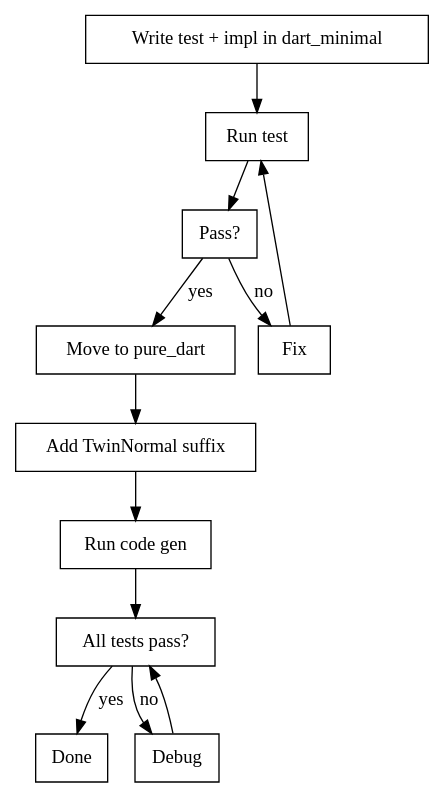
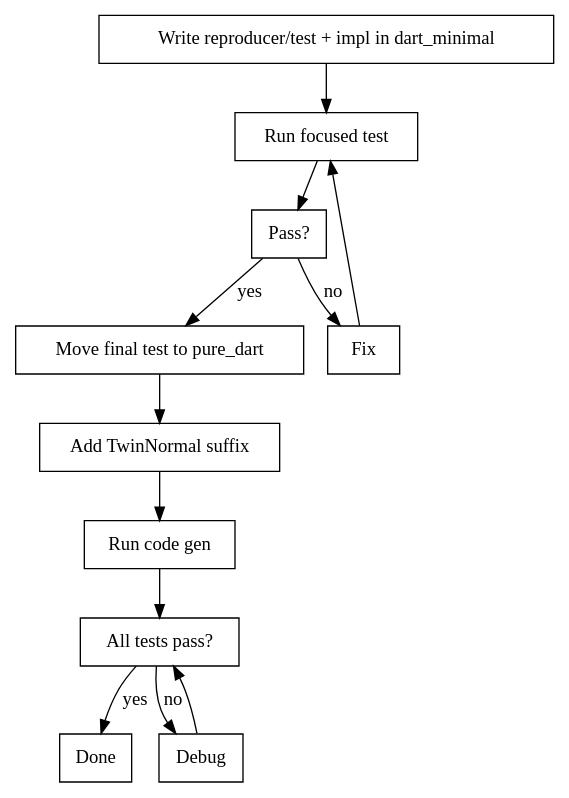
Before and after one commit to fzyzcjy/flutter_rust_bridge: the diagram in .claude/skills/frb-develop-feature/SKILL.md, drawn with Graphviz. The commit also changed other lines of this file, not shown here.

````diff
--- a/.claude/skills/frb-develop-feature/SKILL.md
+++ b/.claude/skills/frb-develop-feature/SKILL.md
@@ -29,16 +32,16 @@
 ```dot
 digraph workflow {
     rankdir=TB;
     node [shape=box];
 
-    "Write test + impl in dart_minimal" -> "Run test";
-    "Run test" -> "Pass?" [shape=diamond];
-    "Pass?" -> "Move to pure_dart" [label="yes"];
+    "Write reproducer/test + impl in dart_minimal" -> "Run focused test";
+    "Run focused test" -> "Pass?" [shape=diamond];
+    "Pass?" -> "Move final test to pure_dart" [label="yes"];
     "Pass?" -> "Fix" [label="no"];
-    "Fix" -> "Run test";
-    "Move to pure_dart" -> "Add TwinNormal suffix" -> "Run code gen" -> "All tests pass?";
+    "Fix" -> "Run focused test";
+    "Move final test to pure_dart" -> "Add TwinNormal suffix" -> "Run code gen" -> "All tests pass?";
     "All tests pass?" -> "Done" [label="yes"];
     "All tests pass?" -> "Debug" [label="no"];
     "Debug" -> "All tests pass?";
 }
 ```
````
